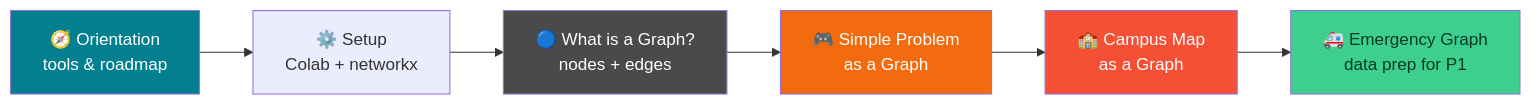
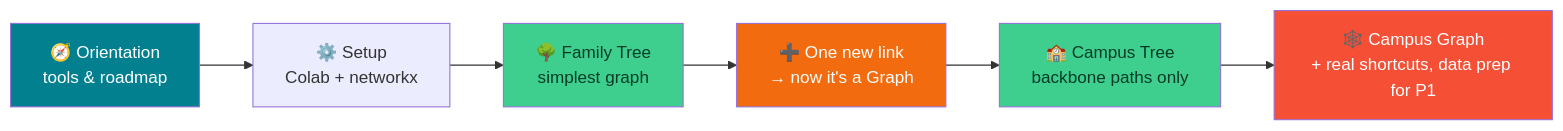
The first of 4 diagrams in Practicals/Week 1.md (therishiraj/CSE276-AI-F), drawn with Mermaid before and after one commit. The commit also changed other lines of this file, not shown here.

````diff
--- a/Practicals/Week 1.md
+++ b/Practicals/Week 1.md
@@ -26,13 +27,13 @@
 ```mermaid
 flowchart LR
     A["🧭 Orientation<br/>tools & roadmap"] --> B["⚙️ Setup<br/>Colab + networkx"]
-    B --> C["🔵 What is a Graph?<br/>nodes + edges"]
-    C --> D["🎮 Simple Problem<br/>as a Graph"]
-    D --> E["🏫 Campus Map<br/>as a Graph"]
-    E --> F["🚑 Emergency Graph<br/>data prep for P1"]
+    B --> C["🌳 Family Tree<br/>simplest graph"]
+    C --> D["➕ One new link<br/>→ now it's a Graph"]
+    D --> E["🏫 Campus Tree<br/>backbone paths only"]
+    E --> F["🕸️ Campus Graph<br/>+ real shortcuts, data prep for P1"]
     style A fill:#028090,color:#fff
-    style C fill:#4A4A4A,color:#fff
+    style C fill:#3ECF8E,color:#053b26
     style D fill:#F26B0F,color:#fff
-    style E fill:#F55036,color:#fff
-    style F fill:#3ECF8E,color:#053b26
+    style E fill:#3ECF8E,color:#053b26
+    style F fill:#F55036,color:#fff
 ```
````
